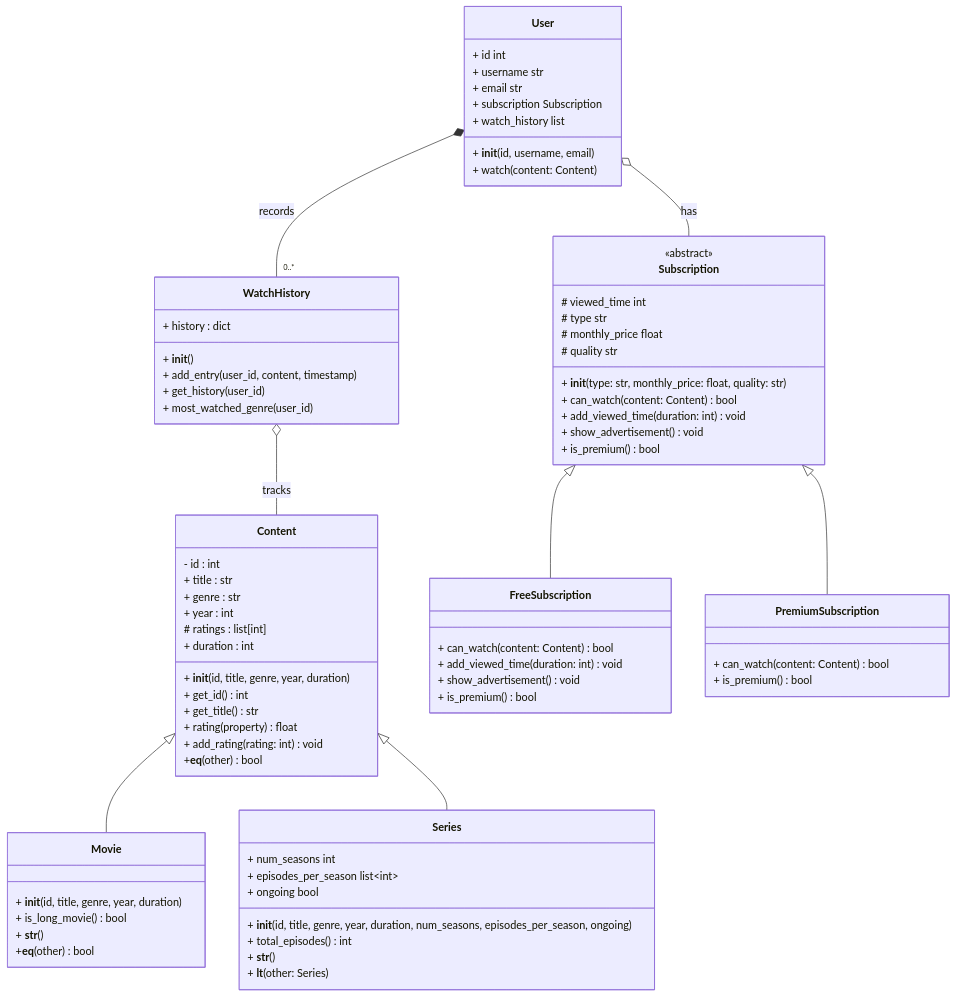
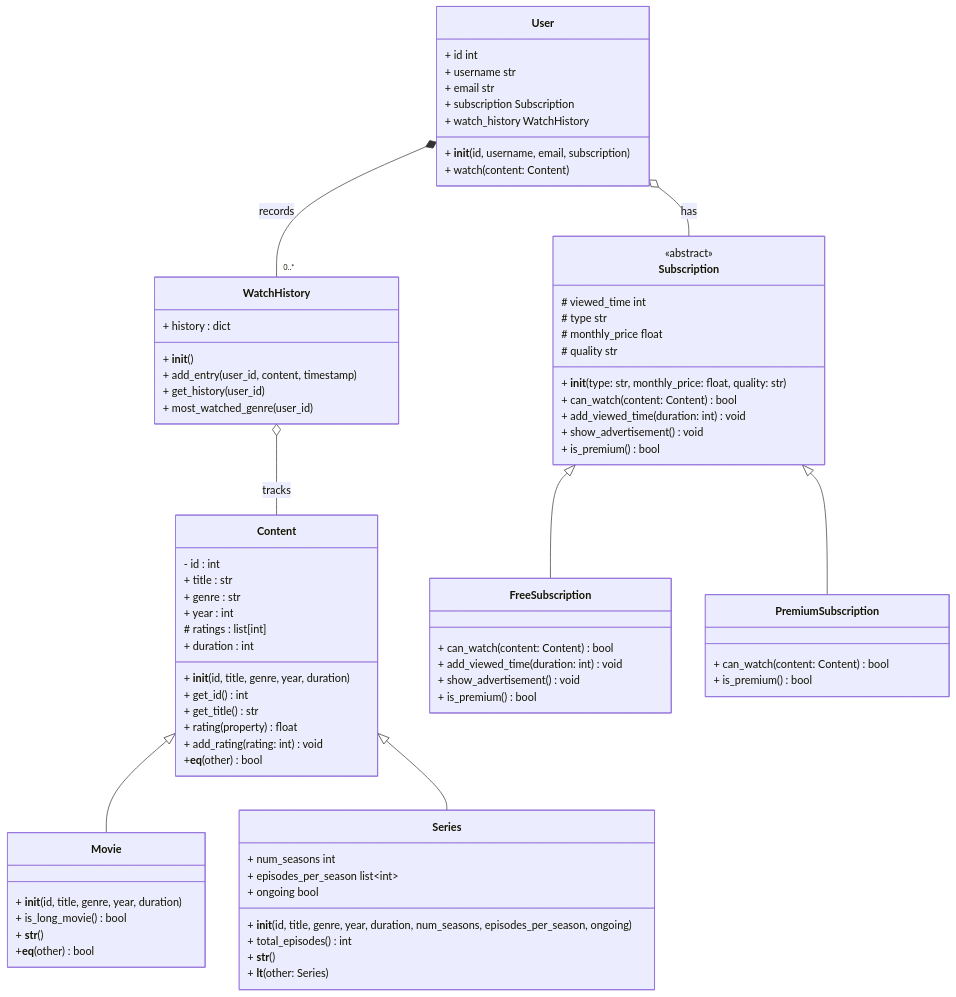
One commit to aldevgen/aldevgen.github.io changed the diagram in _formations/oop/6_examen_fa.md. Above: the diagram before and after it, drawn with Mermaid.

Commit message:
Fix typo in class diagram

```diff
--- a/_formations/oop/6_examen_fa.md
+++ b/_formations/oop/6_examen_fa.md
@@ -116,8 +116,8 @@
         + username str
         + email str
         + subscription Subscription
-        + watch_history list
-        + __init__(id, username, email)
+        + watch_history WatchHistory
+        + __init__(id, username, email, subscription)
         + watch(content: Content)
     }
     
```
